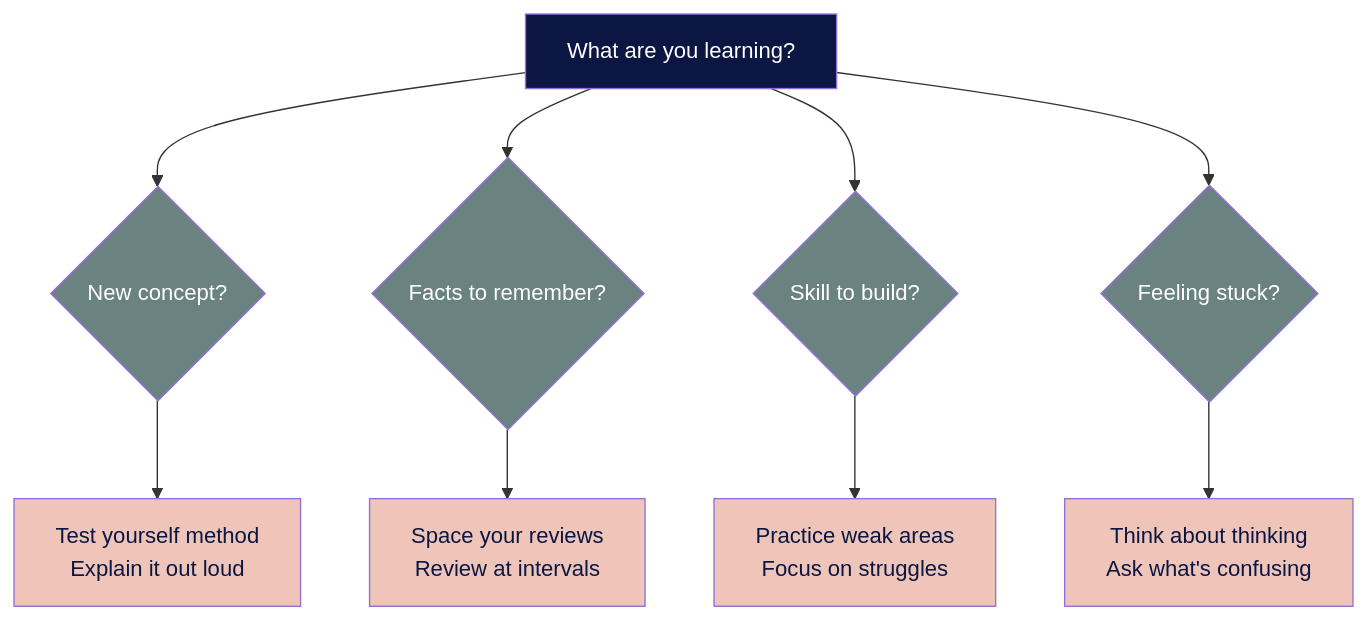
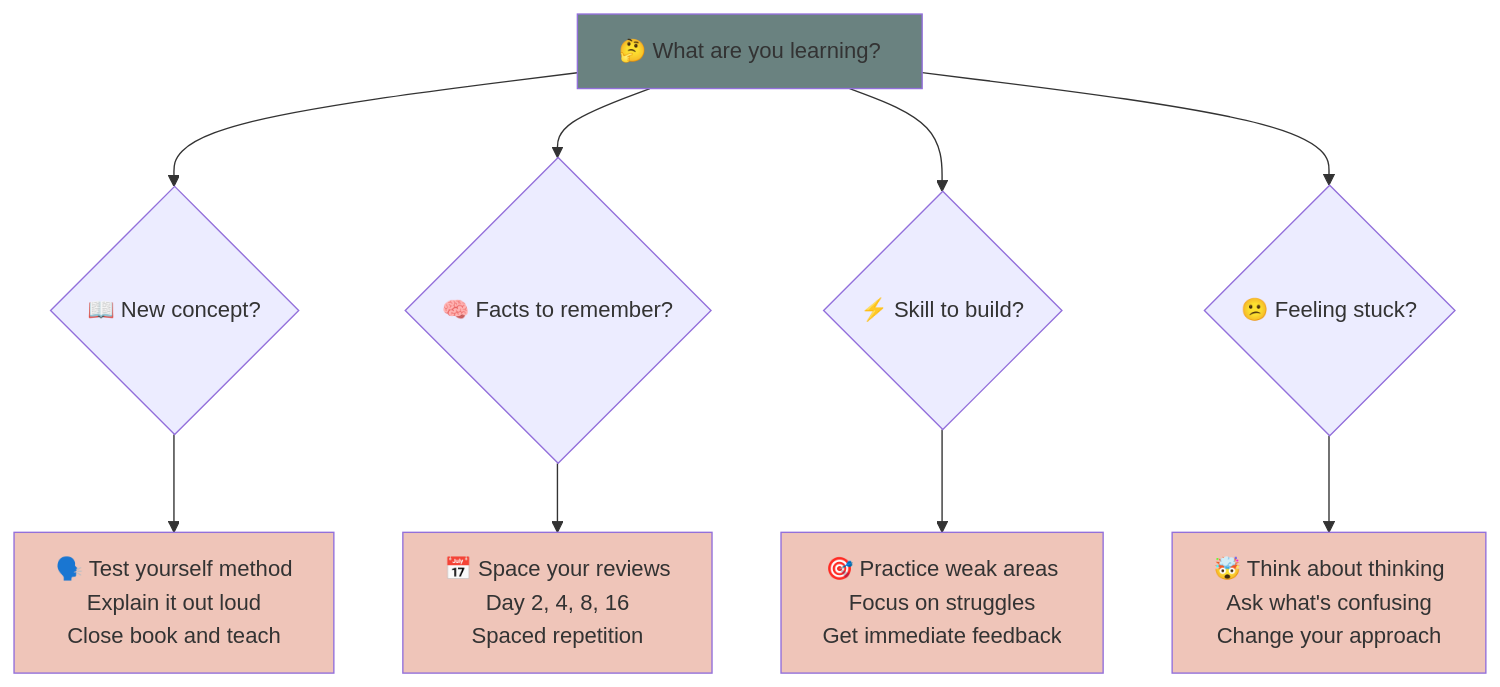
One commit to ninabrenes/ai-for-normal-people changed the fifth of 5 diagrams in how-to-learn-anything.md. Above: the diagram before and after it, drawn with Mermaid. The commit also changed other lines of this file, not shown here.

````diff
--- a/how-to-learn-anything.md
+++ b/how-to-learn-anything.md
@@ -158,22 +164,23 @@
 ```mermaid
 graph TD
-    A[What are you learning?] --> B{New concept?}
-    A --> C{Facts to remember?}
-    A --> D{Skill to build?}
-    A --> E{Feeling stuck?}
+    A[🤔 What are you learning?] 
     
-    B --> B1[Test yourself method<br/>Explain it out loud]
-    C --> C1[Space your reviews<br/>Review at intervals]
-    D --> D1[Practice weak areas<br/>Focus on struggles]
-    E --> E1[Think about thinking<br/>Ask what's confusing]
+    A --> B{📖 New concept?}
+    A --> C{🧠 Facts to remember?}
+    A --> D{⚡ Skill to build?}
+    A --> E{😕 Feeling stuck?}
     
-    style A fill:#0b1643,color:#ffffff
-    style B fill:#6a8280,color:#ffffff
-    style C fill:#6a8280,color:#ffffff
-    style D fill:#6a8280,color:#ffffff
-    style E fill:#6a8280,color:#ffffff
-    style B1 fill:#efc5b9,color:#0b1643
-    style C1 fill:#efc5b9,color:#0b1643
-    style D1 fill:#efc5b9,color:#0b1643
-    style E1 fill:#efc5b9,color:#0b1643
+    B --> B1[🗣️ Test yourself method<br/>Explain it out loud<br/>Close book and teach]
+    
+    C --> C1[📅 Space your reviews<br/>Day 2, 4, 8, 16<br/>Spaced repetition]
+    
+    D --> D1[🎯 Practice weak areas<br/>Focus on struggles<br/>Get immediate feedback]
+    
+    E --> E1[🤯 Think about thinking<br/>Ask what's confusing<br/>Change your approach]
+    
+    style A fill:#6a8280
+    style B1 fill:#efc5b9
+    style C1 fill:#efc5b9
+    style D1 fill:#efc5b9
+    style E1 fill:#efc5b9
 ```
````
